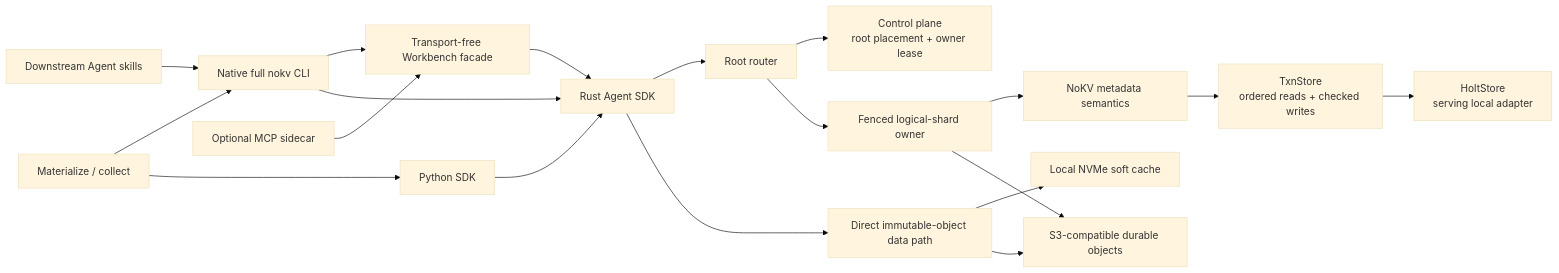
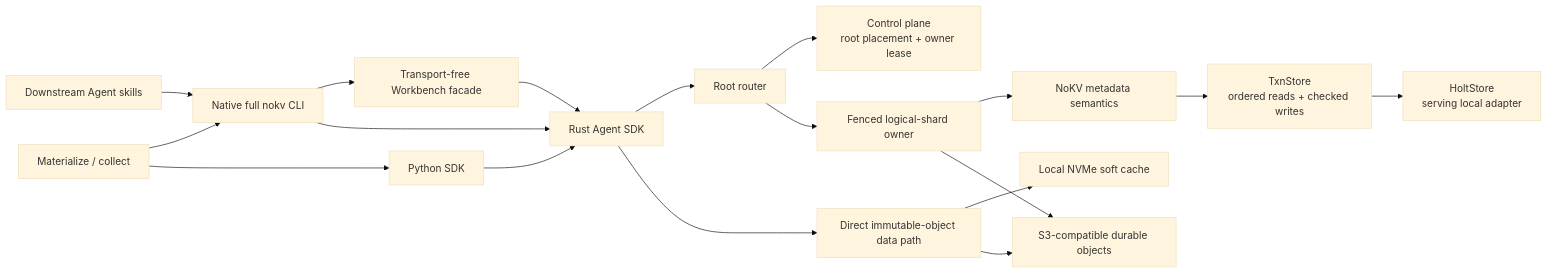
One commit to NoKV-Lab/NoKV changed the first of 5 diagrams in docs/architecture.md. Above: the diagram before and after it, drawn with Mermaid (base theme). The commit also changed other lines of this file and 25 other files, not shown here.

First line of the commit message:
docs: deprecate the Workbench MCP sidecar

````diff
--- a/docs/architecture.md
+++ b/docs/architecture.md
@@ -12,24 +12,23 @@
 ```mermaid
 flowchart LR
     Skills["Downstream Agent skills"] --> CLI["Native full nokv CLI"]
     CLI --> Agent["Transport-free Workbench facade"]
-    Sidecar["Optional MCP sidecar"] --> Agent
     Agent --> SDK["Rust Agent SDK"]
     CLI --> SDK
     Python["Python SDK"] --> SDK
     Local["Materialize / collect"] --> CLI
     Local --> Python
 
     SDK --> Router["Root router"]
     Router --> Control["Control plane<br/>root placement + owner lease"]
     Router --> Owner["Fenced logical-shard owner"]
 
     Owner --> Meta["NoKV metadata semantics"]
     Meta --> Store["TxnStore<br/>ordered reads + checked writes"]
     Store --> Holt["HoltStore<br/>serving local adapter"]
 
     SDK --> Data["Direct immutable-object data path"]
     Data --> Cache["Local NVMe soft cache"]
     Data --> Object["S3-compatible durable objects"]
     Owner --> Object
 ```
````
